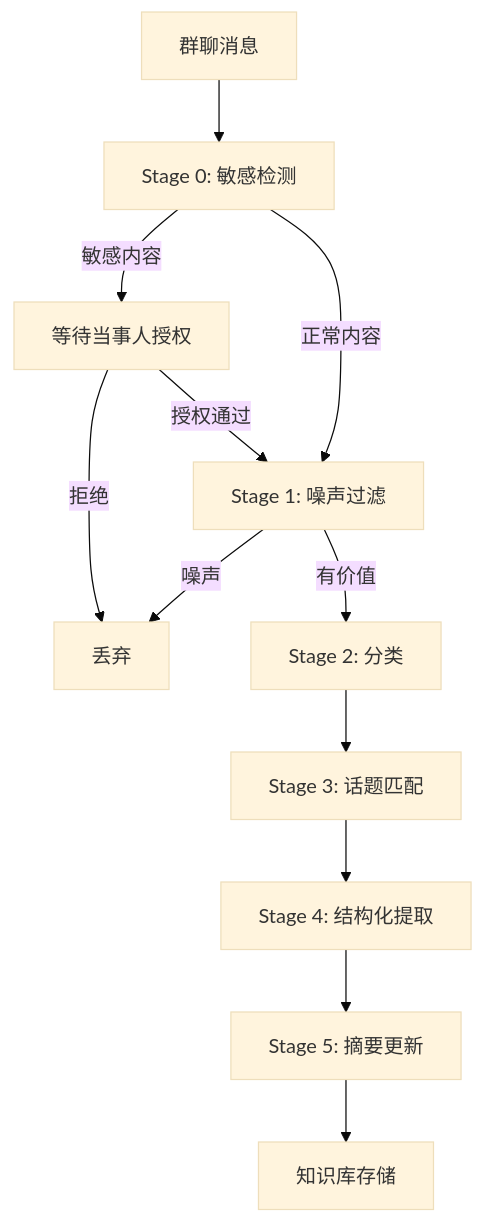
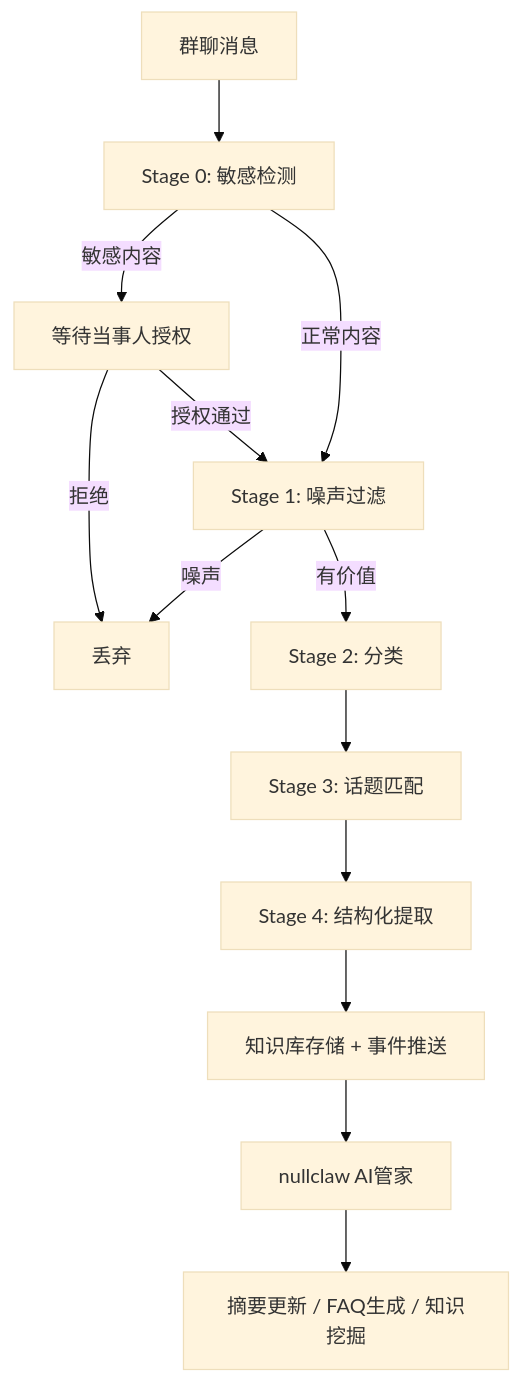
The first of 16 diagrams in docs/09_user_manual.md (l17728/RippleFlow), drawn with Mermaid (base theme) before and after one commit. The commit also changed other lines of this file and 3 other files, not shown here.

````diff
--- a/docs/09_user_manual.md
+++ b/docs/09_user_manual.md
@@ -51,15 +52,16 @@
 ```mermaid
 flowchart TD
     A[群聊消息] --> B[Stage 0: 敏感检测]
     B -->|敏感内容| C[等待当事人授权]
     B -->|正常内容| D[Stage 1: 噪声过滤]
     D -->|噪声| E[丢弃]
     D -->|有价值| F[Stage 2: 分类]
     F --> G[Stage 3: 话题匹配]
     G --> H[Stage 4: 结构化提取]
-    H --> I[Stage 5: 摘要更新]
-    I --> J[知识库存储]
-    
+    H --> I[知识库存储 + 事件推送]
+    I --> J[nullclaw AI管家]
+    J --> K[摘要更新 / FAQ生成 / 知识挖掘]
+
     C -->|授权通过| D
     C -->|拒绝| E
 ```
````
